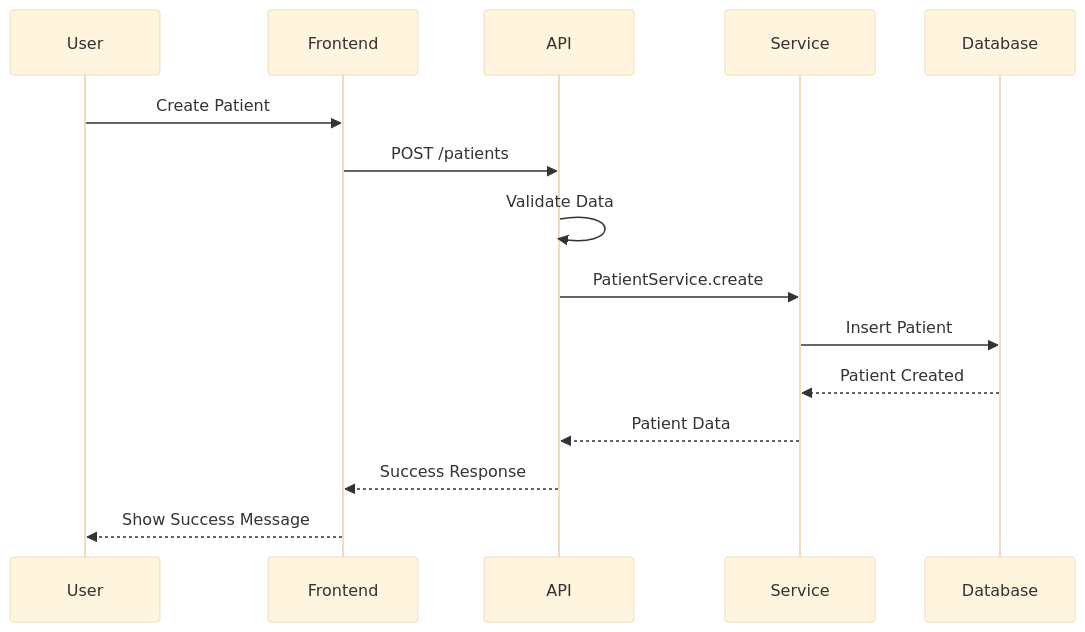
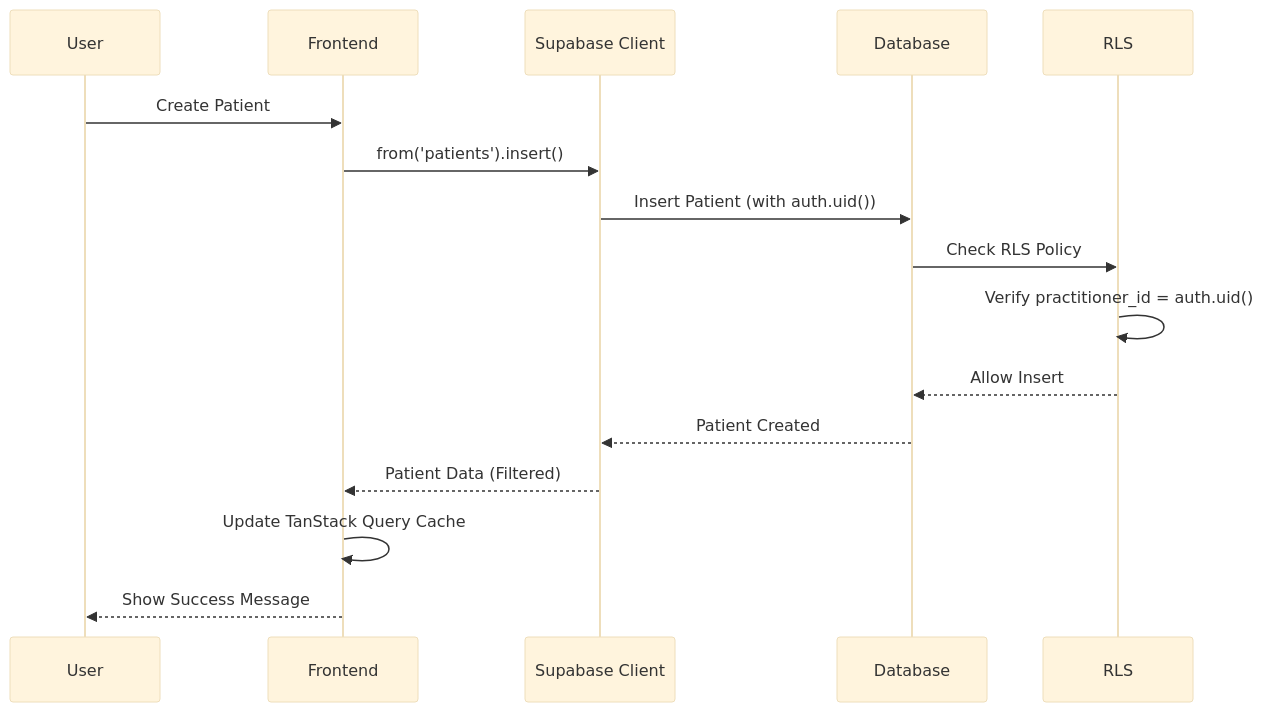
Before and after one commit to obenmaha/revia: the fourth of 11 diagrams in docs/architecture-diagrams.md, drawn with Mermaid (base theme). The commit also changed other lines of this file and 166 other files, not shown here.

First line of the commit message:
feat: Migration complète vers architecture serverless avec Supabase

````diff
--- a/docs/architecture-diagrams.md
+++ b/docs/architecture-diagrams.md
@@ -107,18 +129,19 @@
 ```mermaid
 sequenceDiagram
     participant U as User
     participant F as Frontend
-    participant A as API
-    participant S as Service
+    participant S as Supabase Client
     participant D as Database
+    participant R as RLS
 
     U->>F: Create Patient
-    F->>A: POST /patients
-    A->>A: Validate Data
-    A->>S: PatientService.create
-    S->>D: Insert Patient
+    F->>S: from('patients').insert()
+    S->>D: Insert Patient (with auth.uid())
+    D->>R: Check RLS Policy
+    R->>R: Verify practitioner_id = auth.uid()
+    R-->>D: Allow Insert
     D-->>S: Patient Created
-    S-->>A: Patient Data
-    A-->>F: Success Response
+    S-->>F: Patient Data (Filtered)
+    F->>F: Update TanStack Query Cache
     F-->>U: Show Success Message
 ```
````
